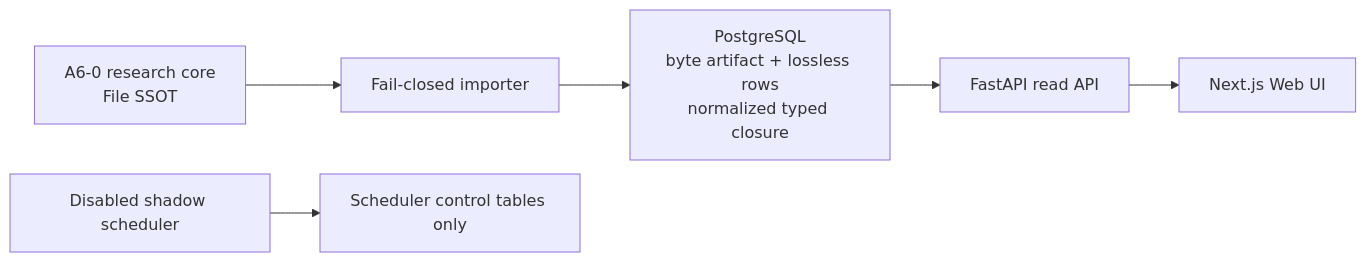
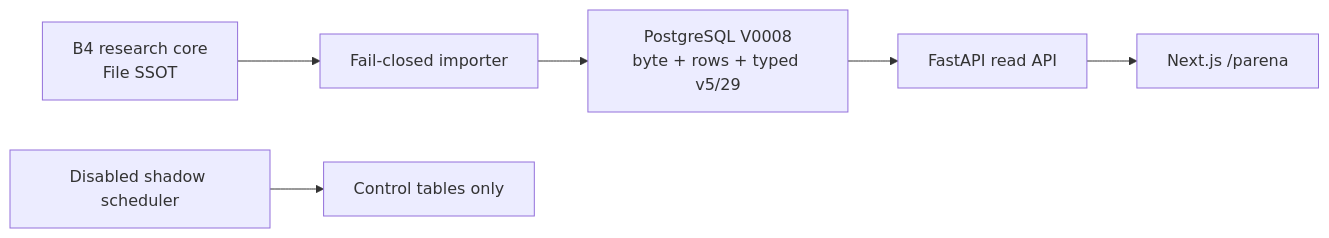
Before and after one commit to PXShou329/PCR_TW_Project: the diagram in README.md, drawn with Mermaid. The commit also changed other lines of this file and 61 other files, not shown here.

Commit message:
feat: add RP-B4-0 fail-closed Princess Arena planner

````diff
--- a/README.md
+++ b/README.md
@@ -45,8 +42,8 @@
 ```mermaid
 flowchart LR
-  RC["A6-0 research core\nFile SSOT"] --> IM["Fail-closed importer"]
-  IM --> DB["PostgreSQL\nbyte artifact + lossless rows\nnormalized typed closure"]
+  RC["B4 research core\nFile SSOT"] --> IM["Fail-closed importer"]
+  IM --> DB["PostgreSQL V0008\nbyte + rows + typed v5/29"]
   DB --> API["FastAPI read API"]
-  API --> WEB["Next.js Web UI"]
-  SCH["Disabled shadow scheduler"] --> CTRL["Scheduler control tables only"]
+  API --> WEB["Next.js /parena"]
+  SCH["Disabled shadow scheduler"] --> CTRL["Control tables only"]
 ```
````
